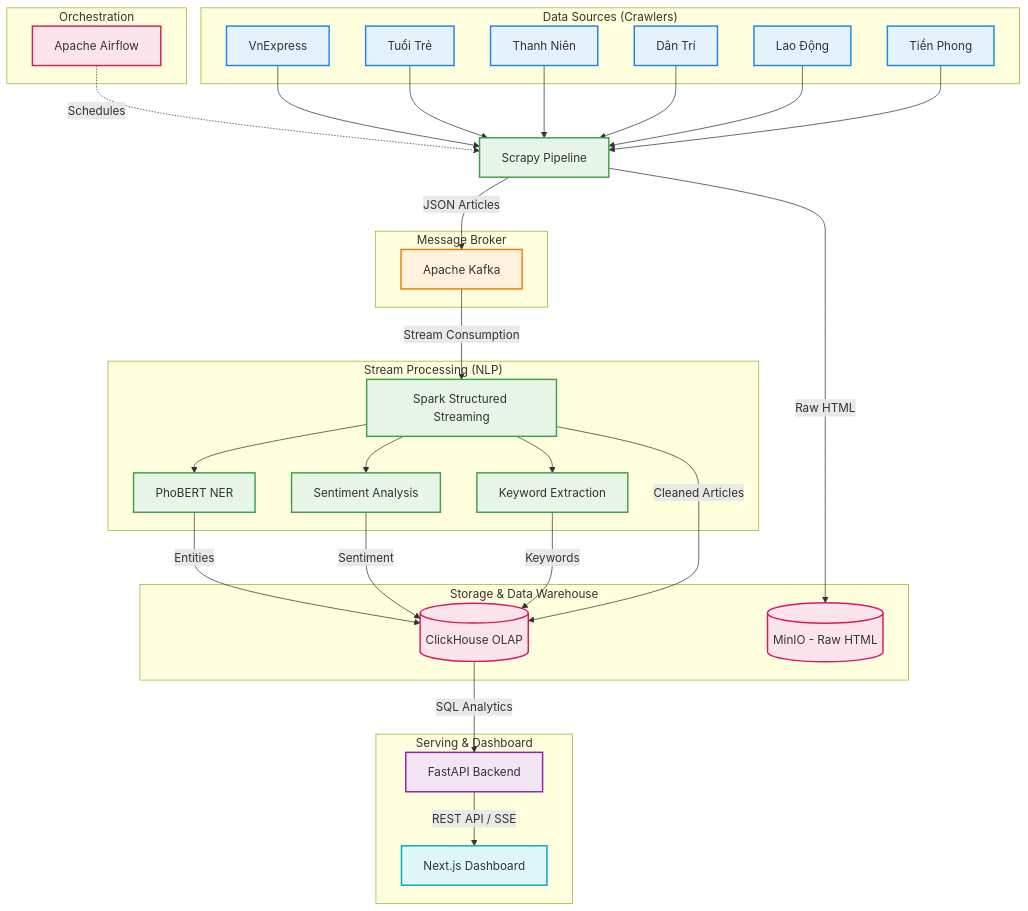
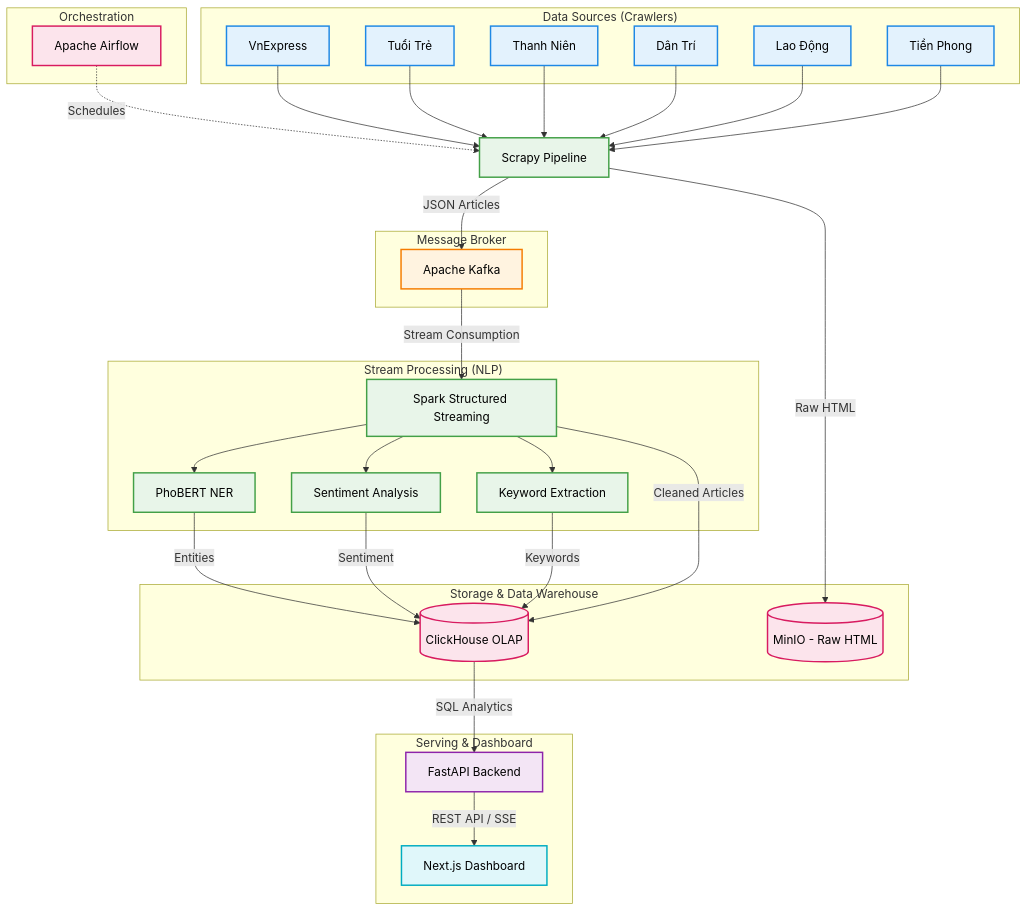
One commit to hquan07/News_Flow changed the diagram in README.md. Above: the diagram before and after it, drawn with Mermaid.

Commit message:
fix: enforce dark text color for mermaid diagram in dark mode

````diff
--- a/README.md
+++ b/README.md
@@ -35,74 +35,74 @@
 ```mermaid
 flowchart TD
     subgraph "Data Sources (Crawlers)"
         A[VnExpress]
         B[Tuổi Trẻ]
         C[Thanh Niên]
         C1[Dân Trí]
         C2[Lao Động]
         C3[Tiền Phong]
     end
 
     subgraph "Orchestration"
         O[Apache Airflow]
     end
 
     subgraph "Message Broker"
         E[Apache Kafka]
     end
 
     subgraph "Stream Processing (NLP)"
         F[Spark Structured Streaming]
         G[PhoBERT NER]
         H[Sentiment Analysis]
         I[Keyword Extraction]
     end
 
     subgraph "Storage & Data Warehouse"
         J[(ClickHouse OLAP)]
         K[(MinIO - Raw HTML)]
     end
 
     subgraph "Serving & Dashboard"
         L[FastAPI Backend]
         M[Next.js Dashboard]
     end
 
     D[Scrapy Pipeline]
 
     O -.->|Schedules| D
     A --> D
     B --> D
     C --> D
     C1 --> D
     C2 --> D
     C3 --> D
     D -->|JSON Articles| E
     D -->|Raw HTML| K
     E -->|Stream Consumption| F
     F --> G
     F --> H
     F --> I
     G -->|Entities| J
     H -->|Sentiment| J
     I -->|Keywords| J
     F -->|Cleaned Articles| J
     J -->|SQL Analytics| L
     L -->|REST API / SSE| M
 
-    classDef source fill:#e3f2fd,stroke:#1e88e5,stroke-width:2px;
-    classDef broker fill:#fff3e0,stroke:#f57c00,stroke-width:2px;
-    classDef processing fill:#e8f5e9,stroke:#43a047,stroke-width:2px;
-    classDef storage fill:#fce4ec,stroke:#d81b60,stroke-width:2px;
-    classDef api fill:#f3e5f5,stroke:#8e24aa,stroke-width:2px;
-    classDef frontend fill:#e0f7fa,stroke:#00acc1,stroke-width:2px;
-    classDef orchestrator fill:#fce4ec,stroke:#d81b60,stroke-width:2px;
+    classDef source fill:#e3f2fd,stroke:#1e88e5,stroke-width:2px,color:#000;
+    classDef broker fill:#fff3e0,stroke:#f57c00,stroke-width:2px,color:#000;
+    classDef processing fill:#e8f5e9,stroke:#43a047,stroke-width:2px,color:#000;
+    classDef storage fill:#fce4ec,stroke:#d81b60,stroke-width:2px,color:#000;
+    classDef api fill:#f3e5f5,stroke:#8e24aa,stroke-width:2px,color:#000;
+    classDef frontend fill:#e0f7fa,stroke:#00acc1,stroke-width:2px,color:#000;
+    classDef orchestrator fill:#fce4ec,stroke:#d81b60,stroke-width:2px,color:#000;
 
     class A,B,C,C1,C2,C3 source;
     class E broker;
     class D,F,G,H,I processing;
     class J,K storage;
     class L api;
     class M frontend;
     class O orchestrator;
 ```
````
